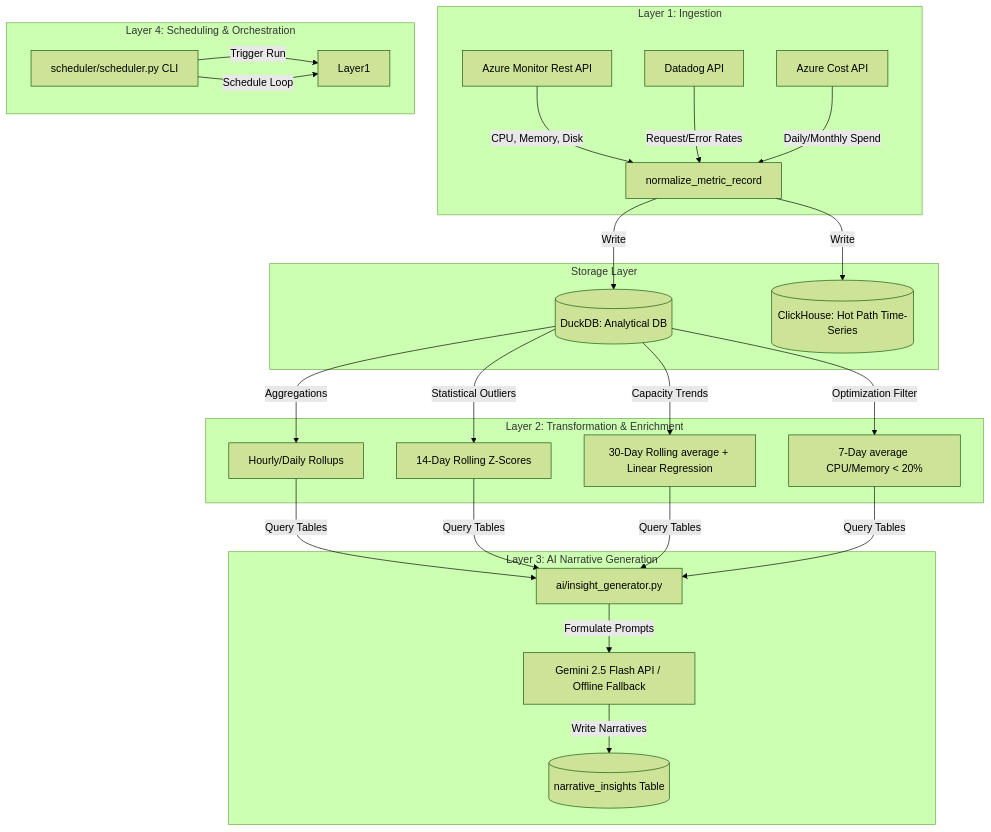
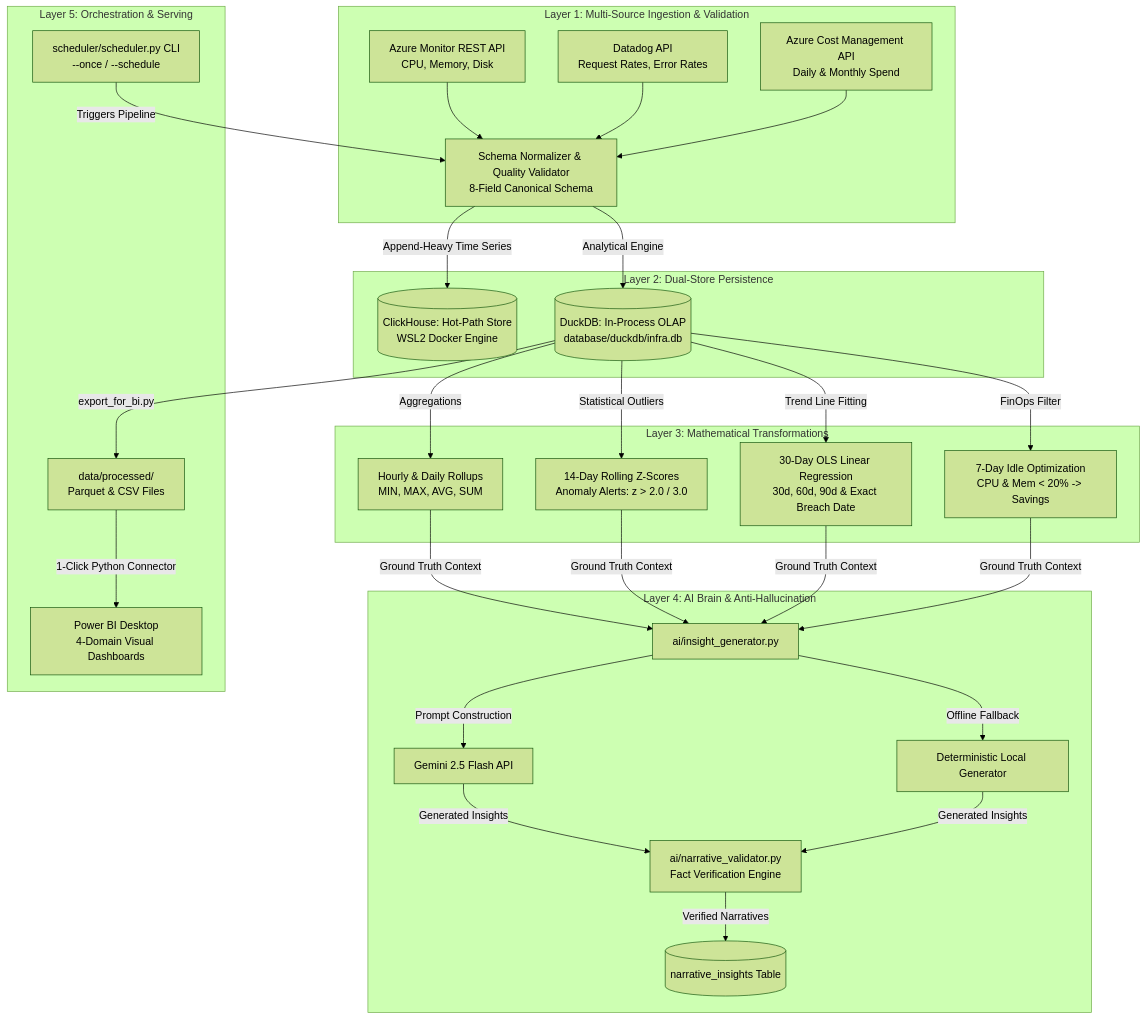
One commit to AravindhanCS/InfraLens changed the diagram in README.md. Above: the diagram before and after it, drawn with Mermaid (forest theme). The commit also changed other lines of this file and 1 other file, not shown here.

Commit message:
docs: comprehensively update README with architecture, schema, mathematical models, AI scenarios, test coverage, and benchmark SLAs

````diff
--- a/README.md
+++ b/README.md
@@ -11,31 +56,34 @@
 ```mermaid
 flowchart TD
-    subgraph Layer 1: Ingestion
-        A[Azure Monitor Rest API] -->|CPU, Memory, Disk| D[normalize_metric_record]
-        B[Datadog API] -->|Request/Error Rates| D
-        C[Azure Cost API] -->|Daily/Monthly Spend| D
+    subgraph Layer 1: Multi-Source Ingestion & Validation
+        A1[Azure Monitor REST API<br/>CPU, Memory, Disk] --> D[Schema Normalizer & Quality Validator<br/>8-Field Canonical Schema]
+        A2[Datadog API<br/>Request Rates, Error Rates] --> D
+        A3[Azure Cost Management API<br/>Daily & Monthly Spend] --> D
     end
 
-    subgraph Storage Layer
-        D -->|Write| E[(DuckDB: Analytical DB)]
-        D -->|Write| F[(ClickHouse: Hot Path Time-Series)]
+    subgraph Layer 2: Dual-Store Persistence
+        D -->|Append-Heavy Time Series| F[(ClickHouse: Hot-Path Store<br/>WSL2 Docker Engine)]
+        D -->|Analytical Engine| E[(DuckDB: In-Process OLAP<br/>database/duckdb/infra.db)]
     end
 
-    subgraph Layer 2: Transformation & Enrichment
-        E -->|Aggregations| G[Hourly/Daily Rollups]
-        E -->|Statistical Outliers| H[14-Day Rolling Z-Scores]
-        E -->|Capacity Trends| I[30-Day Rolling average + Linear Regression]
-        E -->|Optimization Filter| J[7-Day average CPU/Memory < 20%]
+    subgraph Layer 3: Mathematical Transformations
+        E -->|Aggregations| G[Hourly & Daily Rollups<br/>MIN, MAX, AVG, SUM]
+        E -->|Statistical Outliers| H[14-Day Rolling Z-Scores<br/>Anomaly Alerts: z > 2.0 / 3.0]
+        E -->|Trend Line Fitting| I[30-Day OLS Linear Regression<br/>30d, 60d, 90d & Exact Breach Date]
+        E -->|FinOps Filter| J[7-Day Idle Optimization<br/>CPU & Mem < 20% -> Savings]
     end
 
-    subgraph Layer 3: AI Narrative Generation
-        G & H & I & J -->|Query Tables| K[ai/insight_generator.py]
-        K -->|Formulate Prompts| L[Gemini 2.5 Flash API / Offline Fallback]
-        L -->|Write Narratives| M[(narrative_insights Table)]
+    subgraph Layer 4: AI Brain & Anti-Hallucination
+        G & H & I & J -->|Ground Truth Context| K[ai/insight_generator.py]
+        K -->|Prompt Construction| L1[Gemini 2.5 Flash API]
+        K -->|Offline Fallback| L2[Deterministic Local Generator]
+        L1 & L2 -->|Generated Insights| V[ai/narrative_validator.py<br/>Fact Verification Engine]
+        V -->|Verified Narratives| M[(narrative_insights Table)]
     end
 
-    subgraph Layer 4: Scheduling & Orchestration
-        N[scheduler/scheduler.py CLI] -->|Trigger Run| Layer1
-        N -->|Schedule Loop| Layer1
+    subgraph Layer 5: Orchestration & Serving
+        N[scheduler/scheduler.py CLI<br/>--once / --schedule] -->|Triggers Pipeline| D
+        E -->|export_for_bi.py| P[data/processed/<br/>Parquet & CSV Files]
+        P -->|1-Click Python Connector| Q[Power BI Desktop<br/>4-Domain Visual Dashboards]
     end
 ```
````
